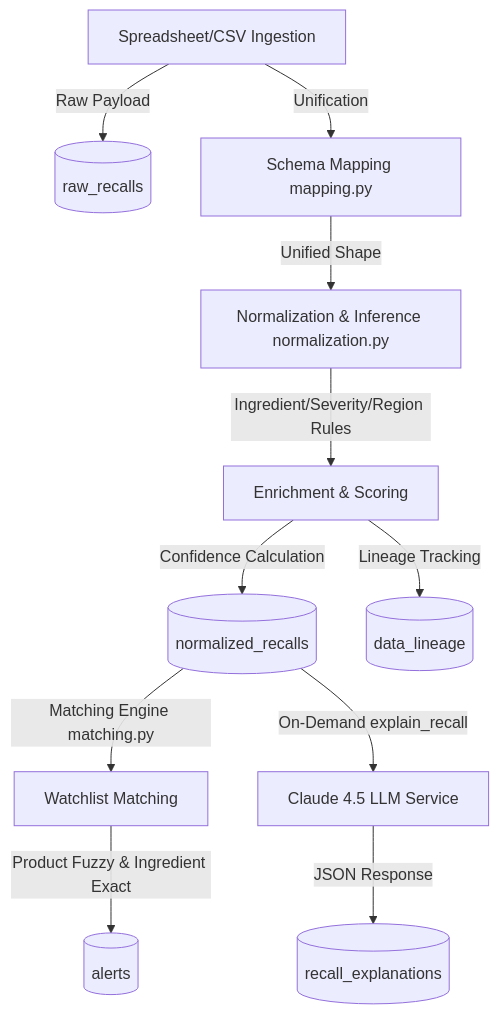
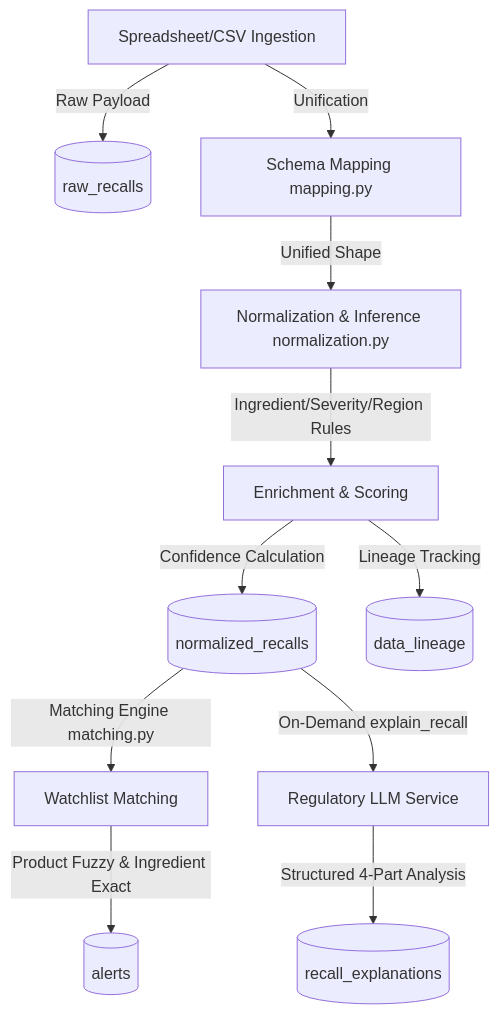
Before and after one commit to NawneetChaubey/Alert_Nexus: the diagram in README.md, drawn with Mermaid. The commit also changed other lines of this file and 19 other files, not shown here.

````diff
--- a/README.md
+++ b/README.md
@@ -11,13 +9,13 @@
 ```mermaid
 graph TD
     A[Spreadsheet/CSV Ingestion] -->|Raw Payload| B[(raw_recalls)]
     A -->|Unification| C[Schema Mapping mapping.py]
     C -->|Unified Shape| D[Normalization & Inference normalization.py]
     D -->|Ingredient/Severity/Region Rules| E[Enrichment & Scoring]
     E -->|Confidence Calculation| F[(normalized_recalls)]
     E -->|Lineage Tracking| G[(data_lineage)]
     F -->|Matching Engine matching.py| H[Watchlist Matching]
     H -->|Product Fuzzy & Ingredient Exact| I[(alerts)]
-    F -->|On-Demand explain_recall| J[Claude 4.5 LLM Service]
-    J -->|JSON Response| K[(recall_explanations)]
+    F -->|On-Demand explain_recall| J[Regulatory LLM Service]
+    J -->|Structured 4-Part Analysis| K[(recall_explanations)]
 ```
````
